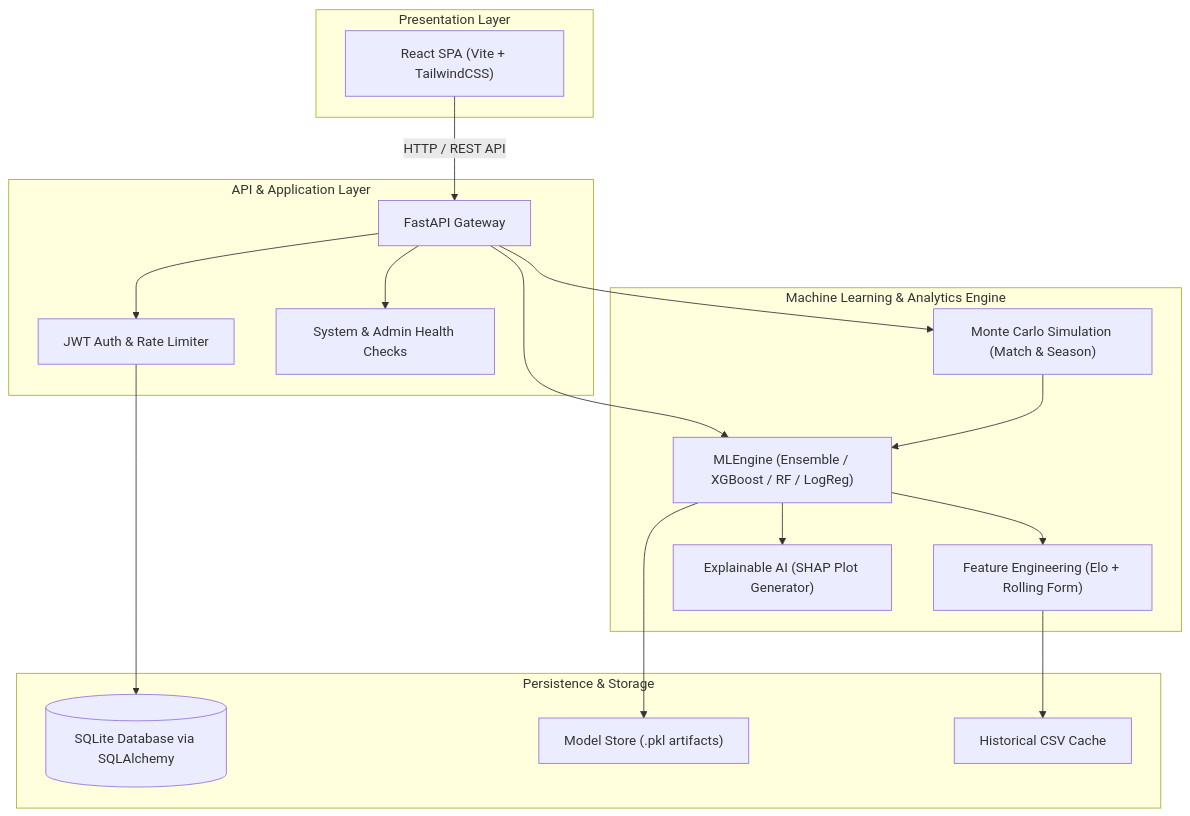
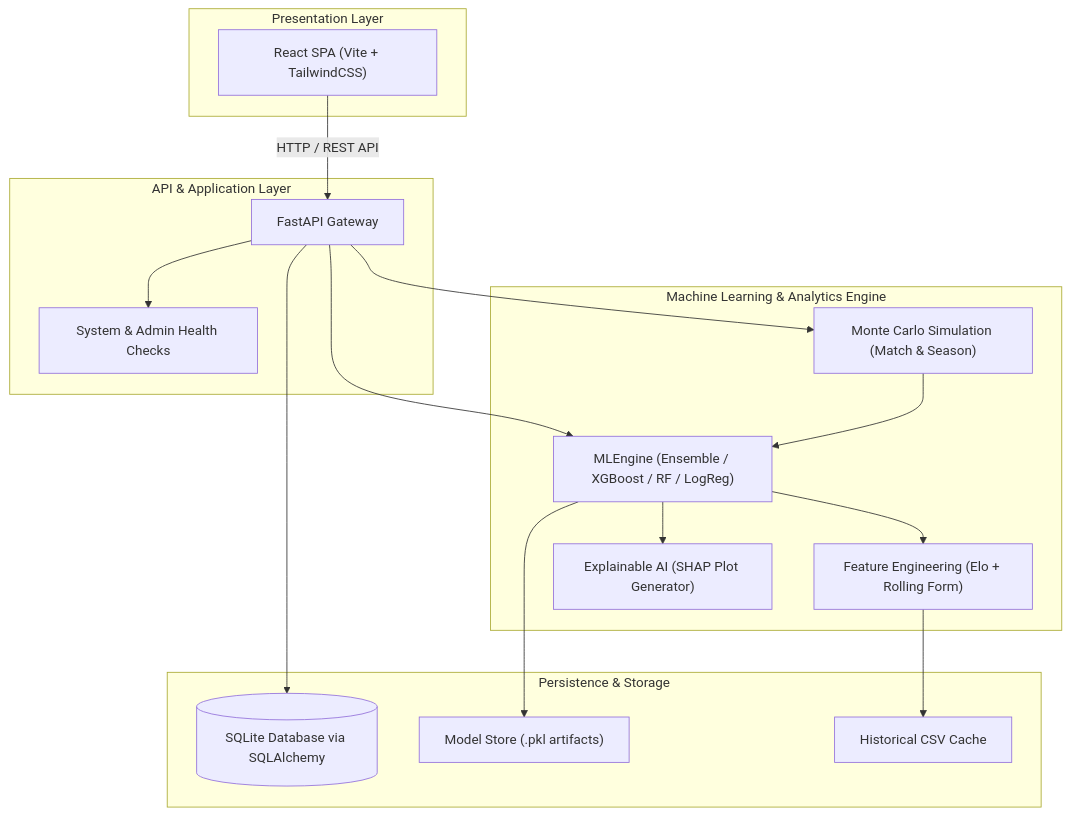
The diagram in README.md (anwrG-p/EPL-Predictor), drawn with Mermaid before and after one commit. The commit also changed other lines of this file and 17 other files, not shown here.

````diff
--- a/README.md
+++ b/README.md
@@ -18,37 +18,35 @@
 ```mermaid
 flowchart TD
     subgraph Client["Presentation Layer"]
         UI["React SPA (Vite + TailwindCSS)"]
     end
 
     subgraph Gateway["API & Application Layer"]
         API["FastAPI Gateway"]
-        Auth["JWT Auth & Rate Limiter"]
         Health["System & Admin Health Checks"]
     end
 
     subgraph ML["Machine Learning & Analytics Engine"]
         Engine["MLEngine (Ensemble / XGBoost / RF / LogReg)"]
         FeatureEngine["Feature Engineering (Elo + Rolling Form)"]
         SHAP["Explainable AI (SHAP Plot Generator)"]
         Sim["Monte Carlo Simulation (Match & Season)"]
     end
 
     subgraph Data["Persistence & Storage"]
         DB[("SQLite Database via SQLAlchemy")]
         Models["Model Store (.pkl artifacts)"]
         DataCache["Historical CSV Cache"]
     end
 
     UI -->|"HTTP / REST API"| API
-    API --> Auth
     API --> Health
     API --> Engine
     API --> Sim
     Engine --> FeatureEngine
     Engine --> SHAP
     Engine --> Models
     FeatureEngine --> DataCache
-    Auth --> DB
+    API --> DB
     Sim --> Engine
 ```
````
